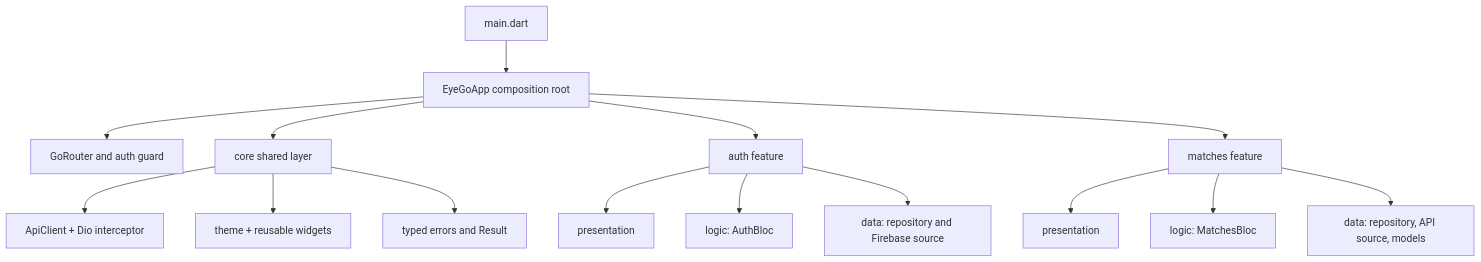
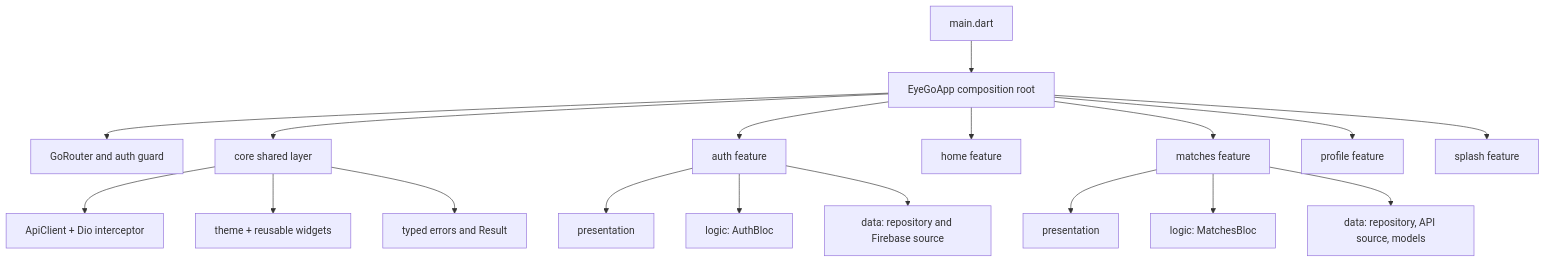
One commit to Ahmed-7elmy/Match_now changed the first of 7 diagrams in README.md. Above: the diagram before and after it, drawn with Mermaid. The commit also changed other lines of this file, not shown here.

Commit message:
docs: clarify README architecture and project structure

````diff
--- a/README.md
+++ b/README.md
@@ -38,20 +40,23 @@
 ```mermaid
 flowchart TB
 	Main[main.dart] --> App[EyeGoApp composition root]
 	App --> Router[GoRouter and auth guard]
 	App --> Core[core shared layer]
 	App --> AuthFeature[auth feature]
+	App --> HomeFeature[home feature]
 	App --> MatchesFeature[matches feature]
+	App --> ProfileFeature[profile feature]
+	App --> SplashFeature[splash feature]
 
 	AuthFeature --> AuthPresentation[presentation]
 	AuthFeature --> AuthLogic[logic: AuthBloc]
 	AuthFeature --> AuthData[data: repository and Firebase source]
 
 	MatchesFeature --> MatchesPresentation[presentation]
 	MatchesFeature --> MatchesLogic[logic: MatchesBloc]
 	MatchesFeature --> MatchesData[data: repository, API source, models]
 
 	Core --> ApiClient[ApiClient + Dio interceptor]
 	Core --> Theme[theme + reusable widgets]
 	Core --> Errors[typed errors and Result]
 ```
````
